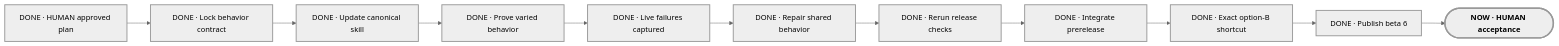
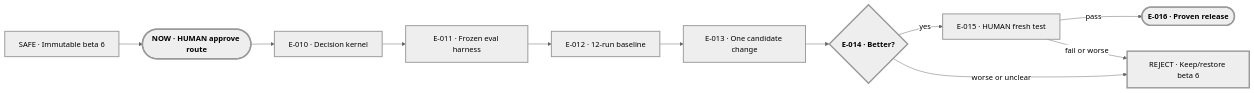
The diagram in planning/PLAN-VIEW.md (Pu11en/portable-planner), drawn with Mermaid (neutral theme) before and after one commit. The commit also changed other lines of this file and 13 other files, not shown here.

Commit message:
plan decision-kernel evaluation loop

````diff
--- a/planning/PLAN-VIEW.md
+++ b/planning/PLAN-VIEW.md
@@ -13,22 +13,27 @@
 ```mermaid
 flowchart LR
-    H["DONE · HUMAN approved plan"]
-    E1["DONE · Lock behavior contract"]
-    E2["DONE · Update canonical skill"]
-    E3["DONE · Prove varied behavior"]
-    E4["DONE · Live failures captured"]
-    E5["DONE · Repair shared behavior"]
-    E6["DONE · Rerun release checks"]
-    E7["DONE · Integrate prerelease"]
-    E8["DONE · Exact option-B shortcut"]
-    E9["DONE · Publish beta 6"]
-    D(["NOW · HUMAN acceptance"])
-    H --> E1 --> E2 --> E3 --> E4 --> E5 --> E6 --> E7 --> E8 --> E9 --> D
+    B6["SAFE · Immutable beta 6"]
+    A(["NOW · HUMAN approve route"])
+    K["E-010 · Decision kernel"]
+    H["E-011 · Frozen eval harness"]
+    M["E-012 · 12-run baseline"]
+    C["E-013 · One candidate change"]
+    V{"E-014 · Better?"}
+    T["E-015 · HUMAN fresh test"]
+    R(["E-016 · Proven release"])
+    KEEP["REJECT · Keep/restore beta 6"]
+    B6 --> A --> K --> H --> M --> C --> V
+    V -->|yes| T -->|pass| R
+    V -->|worse or unclear| KEEP
+    T -->|fail or worse| KEEP
 
     classDef current stroke-width:3px,font-weight:700;
     classDef milestone stroke-width:2px;
     classDef proof stroke-width:3px,font-weight:700;
+    classDef blocked stroke-width:3px;
 
-    class D current;
-    class H,E1,E2,E3,E4,E5,E6,E7,E8,E9 milestone;
+    class A current;
+    class B6,K,H,M,C,T milestone;
+    class V,R proof;
+    class KEEP blocked;
 ```
````
